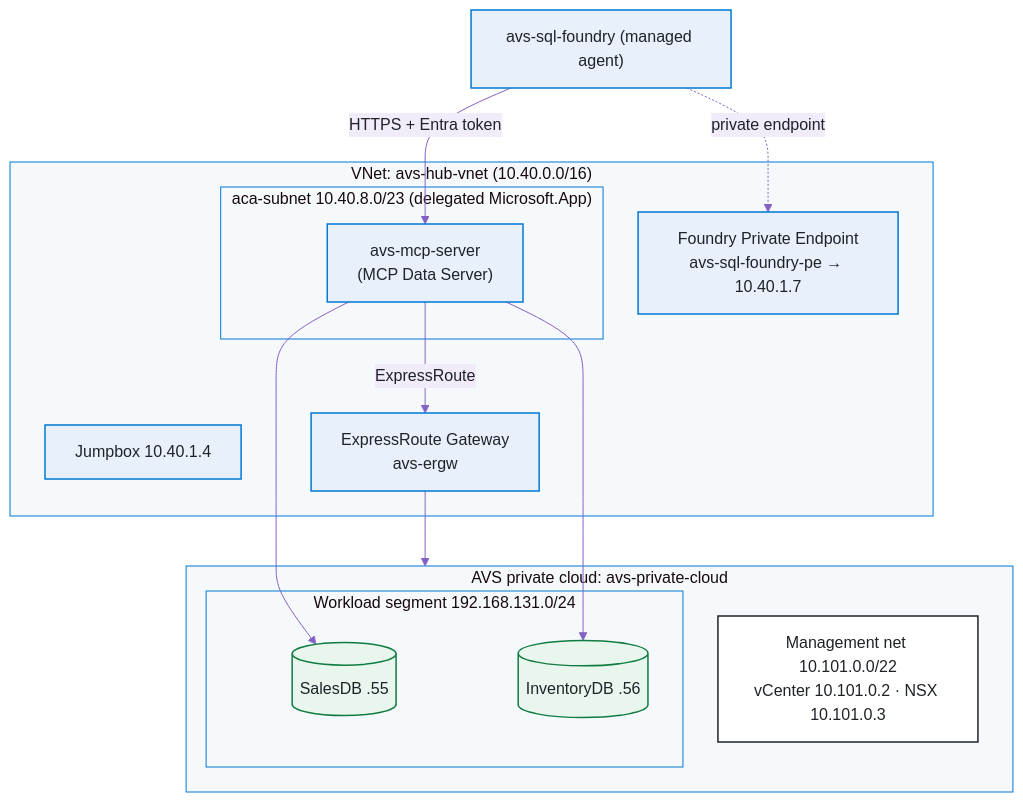
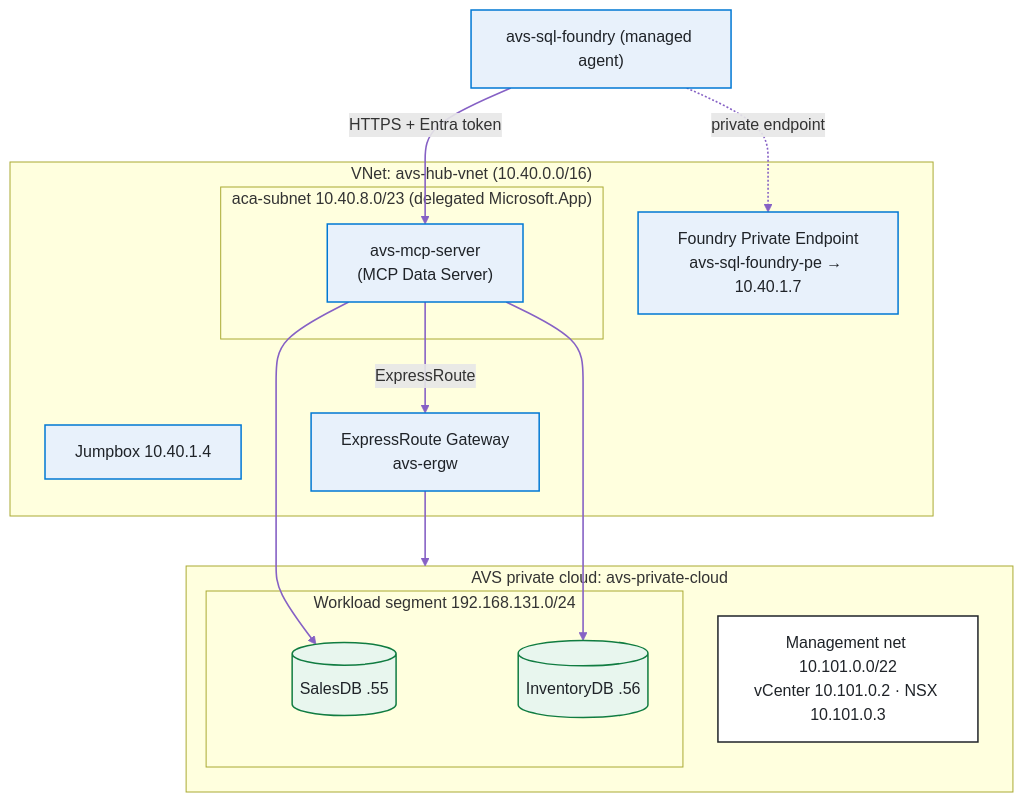
One commit to nivasn-msft/AVS-workload-agent changed the second of 3 diagrams in docs/blog.md. Above: the diagram before and after it, drawn with Mermaid. The commit also changed other lines of this file, not shown here.

First line of the commit message:
docs: style the blog mermaid diagrams with the Azure palette

````diff
--- a/docs/blog.md
+++ b/docs/blog.md
@@ -110,36 +106,32 @@
 ```mermaid
-%%{init: {'theme':'base','themeVariables':{
-  'fontFamily':'Segoe UI, -apple-system, sans-serif',
-  'primaryColor':'#E8F1FB','primaryTextColor':'#1F2328','primaryBorderColor':'#0078D4',
-  'lineColor':'#8661C5','secondaryColor':'#F1EBFA','tertiaryColor':'#E8F6EE',
-  'clusterBkg':'#F6F9FC','clusterBorder':'#0078D4'}}}%%
 flowchart TB
     subgraph vnet["VNet: avs-hub-vnet (10.40.0.0/16)"]
         JB["Jumpbox 10.40.1.4"]
         subgraph aca["aca-subnet 10.40.8.0/23 (delegated Microsoft.App)"]
             MCP["avs-mcp-server<br/>(MCP Data Server)"]
         end
         PE["Foundry Private Endpoint<br/>avs-sql-foundry-pe → 10.40.1.7"]
         GW["ExpressRoute Gateway<br/>avs-ergw"]
     end
     subgraph avs["AVS private cloud: avs-private-cloud"]
         MGMT["Management net 10.101.0.0/22<br/>vCenter 10.101.0.2 · NSX 10.101.0.3"]
         subgraph seg["Workload segment 192.168.131.0/24"]
             DB1[("SalesDB .55")]
             DB2[("InventoryDB .56")]
         end
     end
     FDRY["avs-sql-foundry (managed agent)"]
     MCP -->|ExpressRoute| GW --> avs
     MCP --> DB1
     MCP --> DB2
     FDRY -. private endpoint .-> PE
     FDRY -->|HTTPS + Entra token| MCP
 
     classDef azure fill:#E8F1FB,stroke:#0078D4,stroke-width:1.5px,color:#1F2328;
     classDef avs fill:#FFFFFF,stroke:#1F2328,stroke-width:1.5px,color:#1F2328;
     classDef data fill:#E8F6EE,stroke:#107C41,stroke-width:1.5px,color:#1F2328;
     class MCP,PE,GW,JB,FDRY azure;
     class MGMT avs;
     class DB1,DB2 data;
+    linkStyle default stroke:#8661C5,stroke-width:1.6px;
 ```
````
